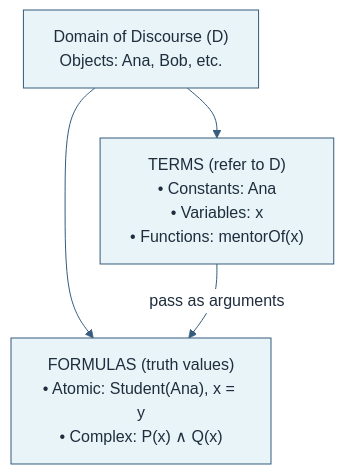
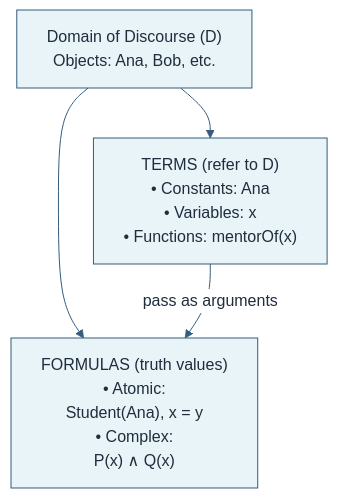
The fourth of 4 diagrams in semester-4/Introduction to AI/2.qmd (p0dyakov/inno_notes), drawn with Mermaid before and after one commit.

Commit message:
fix(ai/2): center FORMULAS node text, split long lines

````diff
--- a/semester-4/Introduction to AI/2.qmd
+++ b/semester-4/Introduction to AI/2.qmd
@@ -280,13 +280,13 @@
 ```{mermaid}
 %%{init: {'theme': 'base', 'themeVariables': { 'fontFamily': 'Helvetica', 'primaryColor': '#e8f4f8', 'primaryTextColor': '#1f2d3d', 'primaryBorderColor': '#355c7d', 'lineColor': '#355c7d', 'secondaryColor': '#d6eef5', 'tertiaryColor': '#fff3cd', 'background': '#ffffff', 'mainBkg': '#e8f4f8', 'secondBkg': '#d6eef5', 'tertiaryBkg': '#fff3cd', 'clusterBkg': '#f9fbfd', 'clusterBorder': '#355c7d', 'edgeLabelBackground': '#ffffff' }}}%%
 %%| fig-cap: "First-Order Logic ontology: terms refer to the domain, formulas evaluate to truth values"
 %%| fig-width: 7.2
 %%| fig-height: 4
 flowchart TB
     D["Domain of Discourse (D)<br/>Objects: Ana, Bob, etc."]
     Terms["TERMS (refer to D)<br/>• Constants: Ana<br/>• Variables: x<br/>• Functions: mentorOf(x)"]
-    Formulas["FORMULAS (truth values)<br/>• Atomic: Student(Ana), x = y<br/>• Complex: P(x) ∧ Q(x)"]
+    Formulas["FORMULAS (truth values)<br/>• Atomic:<br/>Student(Ana), x = y<br/>• Complex:<br/>P(x) ∧ Q(x)"]
     D --> Terms
     D --> Formulas
     Terms -- pass as arguments --> Formulas
 ```
````
